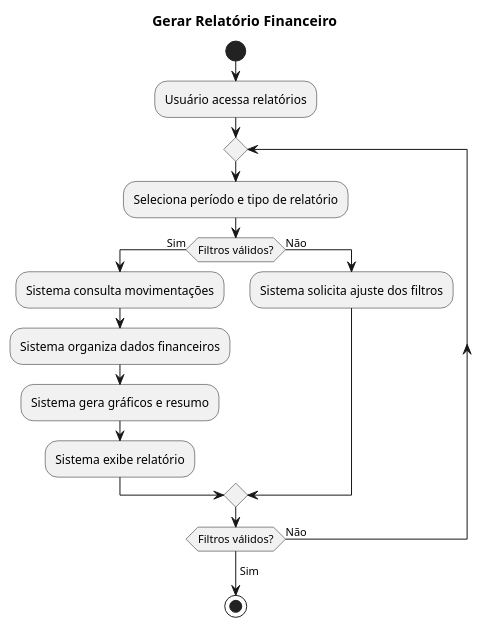
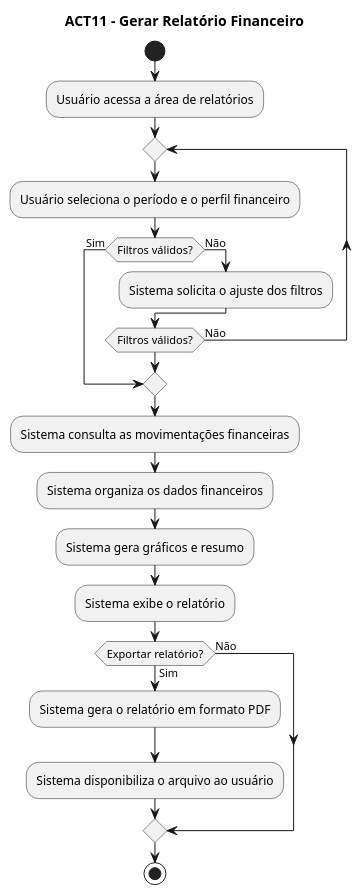
One commit to Nathan-Edu/Financa-Facil changed the diagram in docs/modelagem/atividades/relatorios.puml. Above: the diagram before and after it, drawn with PlantUML.

```diff
--- a/docs/modelagem/atividades/relatorios.puml
+++ b/docs/modelagem/atividades/relatorios.puml
@@ -1,24 +1,33 @@
 @startuml
-title Gerar Relatório Financeiro
+
+title ACT11 - Gerar Relatório Financeiro
 
 start
 
-:Usuário acessa relatórios;
+:Usuário acessa a área de relatórios;
 
 repeat
-  :Seleciona período e tipo de relatório;
+  :Usuário seleciona o período e o perfil financeiro;
 
   if (Filtros válidos?) then (Sim)
-    :Sistema consulta movimentações;
-    :Sistema organiza dados financeiros;
-    :Sistema gera gráficos e resumo;
-    :Sistema exibe relatório;
+    break
   else (Não)
-    :Sistema solicita ajuste dos filtros;
+    :Sistema solicita o ajuste dos filtros;
   endif
 
 repeat while (Filtros válidos?) is (Não)
--> Sim;
+
+:Sistema consulta as movimentações financeiras;
+:Sistema organiza os dados financeiros;
+:Sistema gera gráficos e resumo;
+:Sistema exibe o relatório;
+
+if (Exportar relatório?) then (Sim)
+  :Sistema gera o relatório em formato PDF;
+  :Sistema disponibiliza o arquivo ao usuário;
+else (Não)
+endif
 
 stop
+
 @enduml
```
